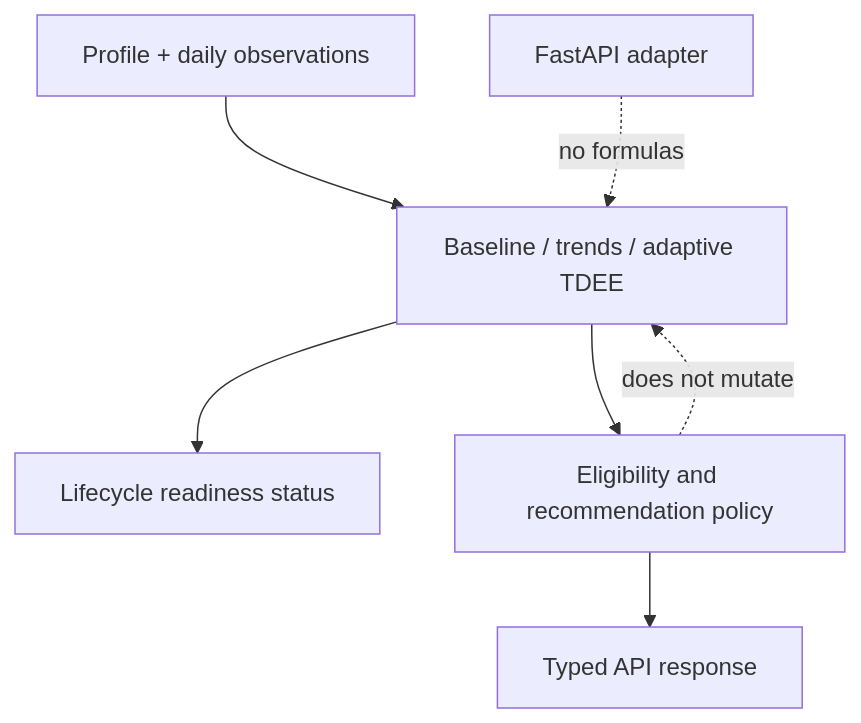
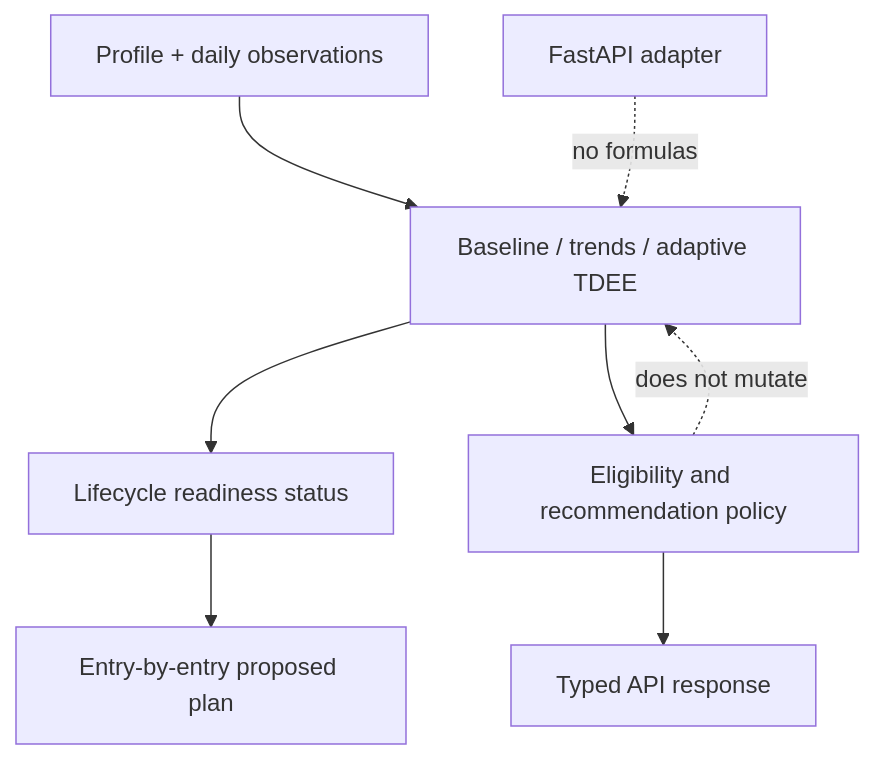
The first of 2 diagrams in README.md (aristostheo/fitadapt), drawn with Mermaid before and after one commit. The commit also changed other lines of this file and 7 other files, not shown here.

````diff
--- a/README.md
+++ b/README.md
@@ -37,9 +37,10 @@
 ```mermaid
 flowchart TD
     P[Profile + daily observations] --> B[Baseline / trends / adaptive TDEE]
     B --> L[Lifecycle readiness status]
+    L --> Q[Entry-by-entry proposed plan]
     B --> E[Eligibility and recommendation policy]
     E --> A[Typed API response]
     F[FastAPI adapter] -. no formulas .-> B
     E -. does not mutate .-> B
 ```
````
